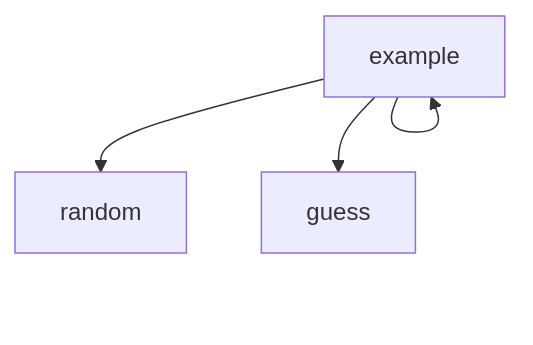
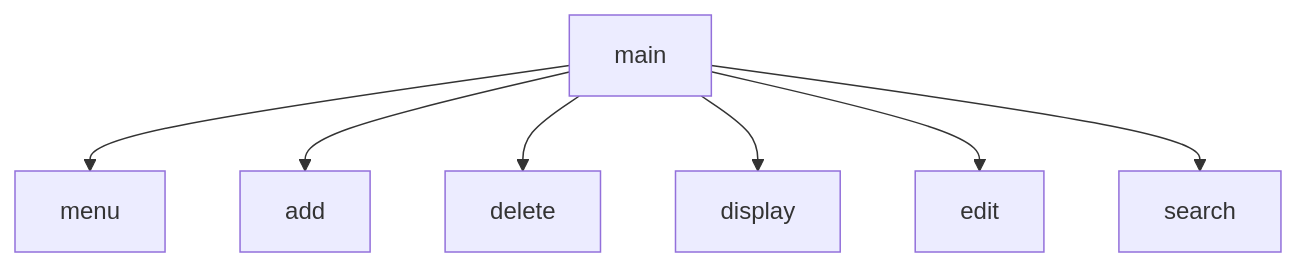
Before and after one commit to JamieDuty/Chapter-6-Group-Project: the diagram in README.md, drawn with Mermaid. The commit also changed other lines of this file, not shown here.

````diff
--- a/README.md
+++ b/README.md
@@ -8,7 +8,10 @@
 ```mermaid
 graph TD;
-  example-->example;
-  example-->example;
-  example-->random;
-  example-->guess;
+  main-->menu;
+  main-->add;
+  main-->delete;
+  main-->display;
+  main-->edit;
+  main-->search;
+
 ```
````
